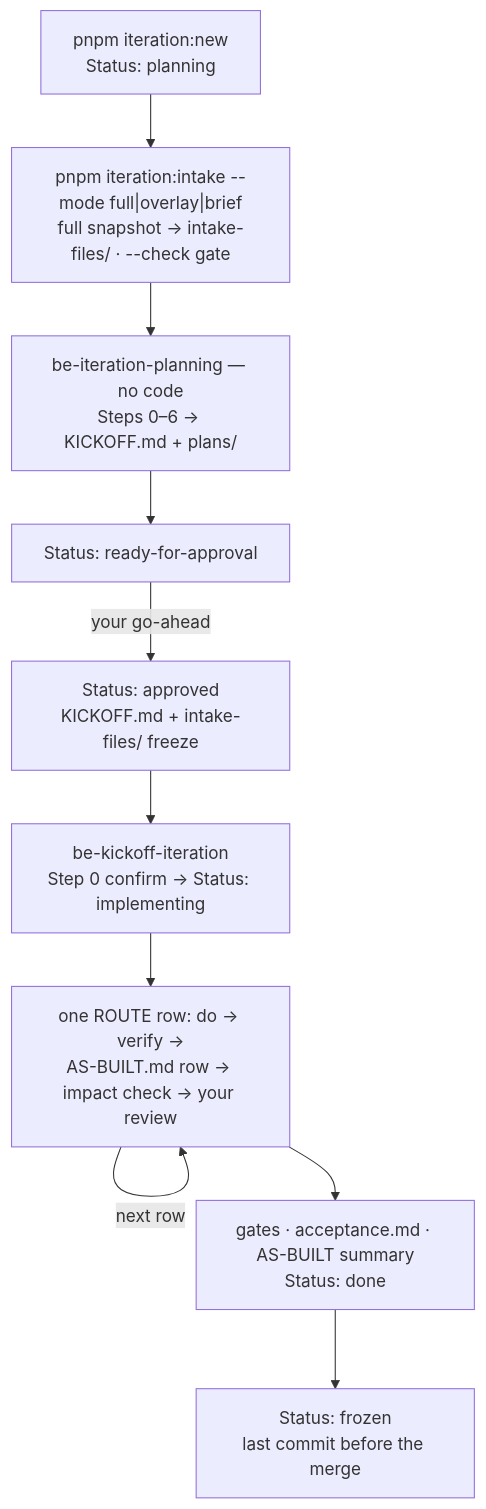
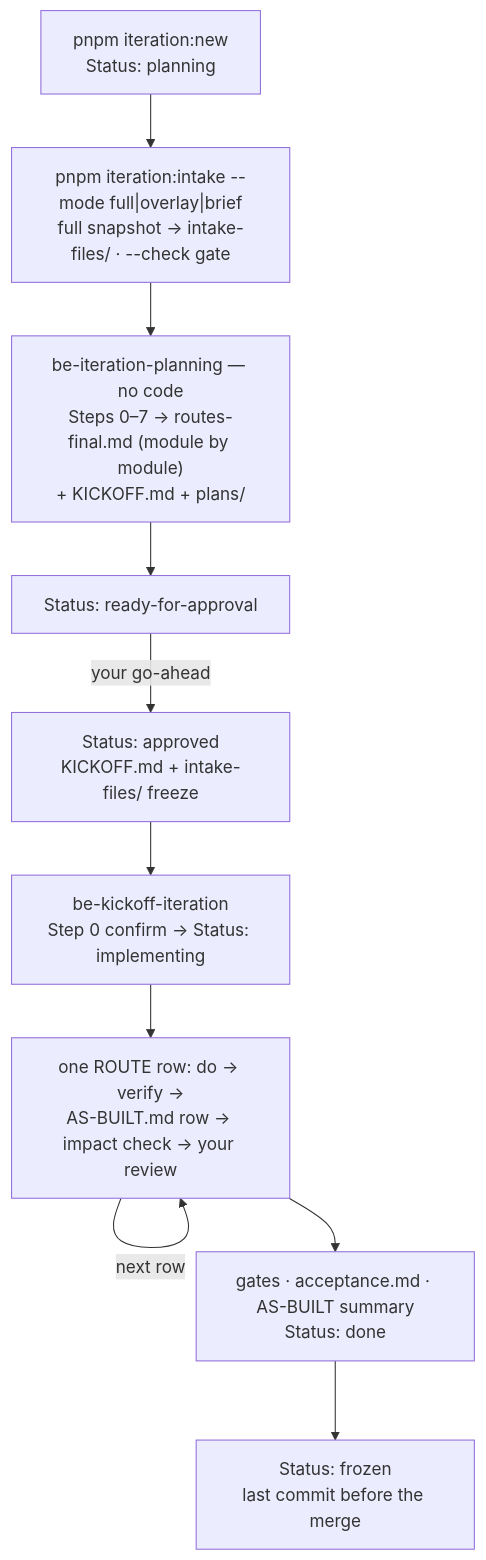
The diagram in docs/design-workflow/process/README.md (albetrios/clinozy-be), drawn with Mermaid before and after one commit. The commit also changed other lines of this file and 27 other files, not shown here.

````diff
--- a/docs/design-workflow/process/README.md
+++ b/docs/design-workflow/process/README.md
@@ -10,12 +10,12 @@
 ```mermaid
 flowchart TB
   NEW["pnpm iteration:new<br/>Status: planning"] --> INTAKE["pnpm iteration:intake --mode full|overlay|brief<br/>full snapshot → intake-files/ · --check gate"]
-  INTAKE --> PLAN["be-iteration-planning — no code<br/>Steps 0–6 → KICKOFF.md + plans/"]
+  INTAKE --> PLAN["be-iteration-planning — no code<br/>Steps 0–7 → routes-final.md (module by module)<br/>+ KICKOFF.md + plans/"]
   PLAN --> READY["Status: ready-for-approval"]
   READY -->|your go-ahead| APPROVED["Status: approved<br/>KICKOFF.md + intake-files/ freeze"]
   APPROVED --> KICK["be-kickoff-iteration<br/>Step 0 confirm → Status: implementing"]
   KICK --> ROW["one ROUTE row: do → verify →<br/>AS-BUILT.md row → impact check → your review"]
   ROW -->|next row| ROW
   ROW --> DONE["gates · acceptance.md · AS-BUILT summary<br/>Status: done"]
   DONE --> FROZEN["Status: frozen<br/>last commit before the merge"]
 ```
````
